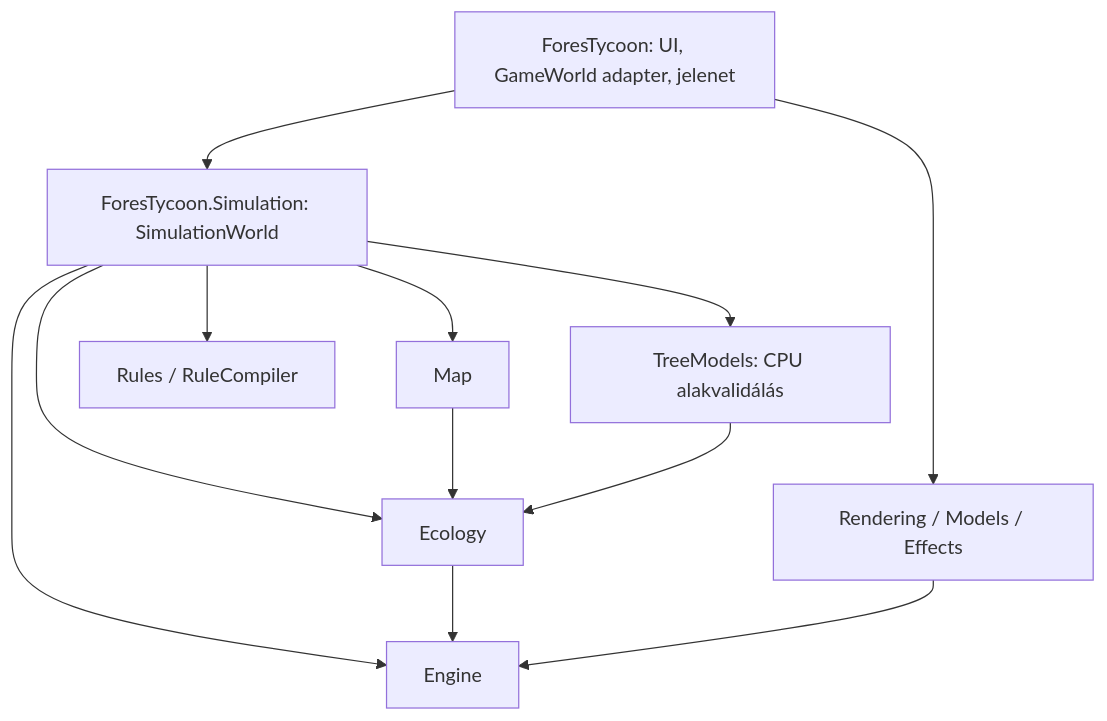
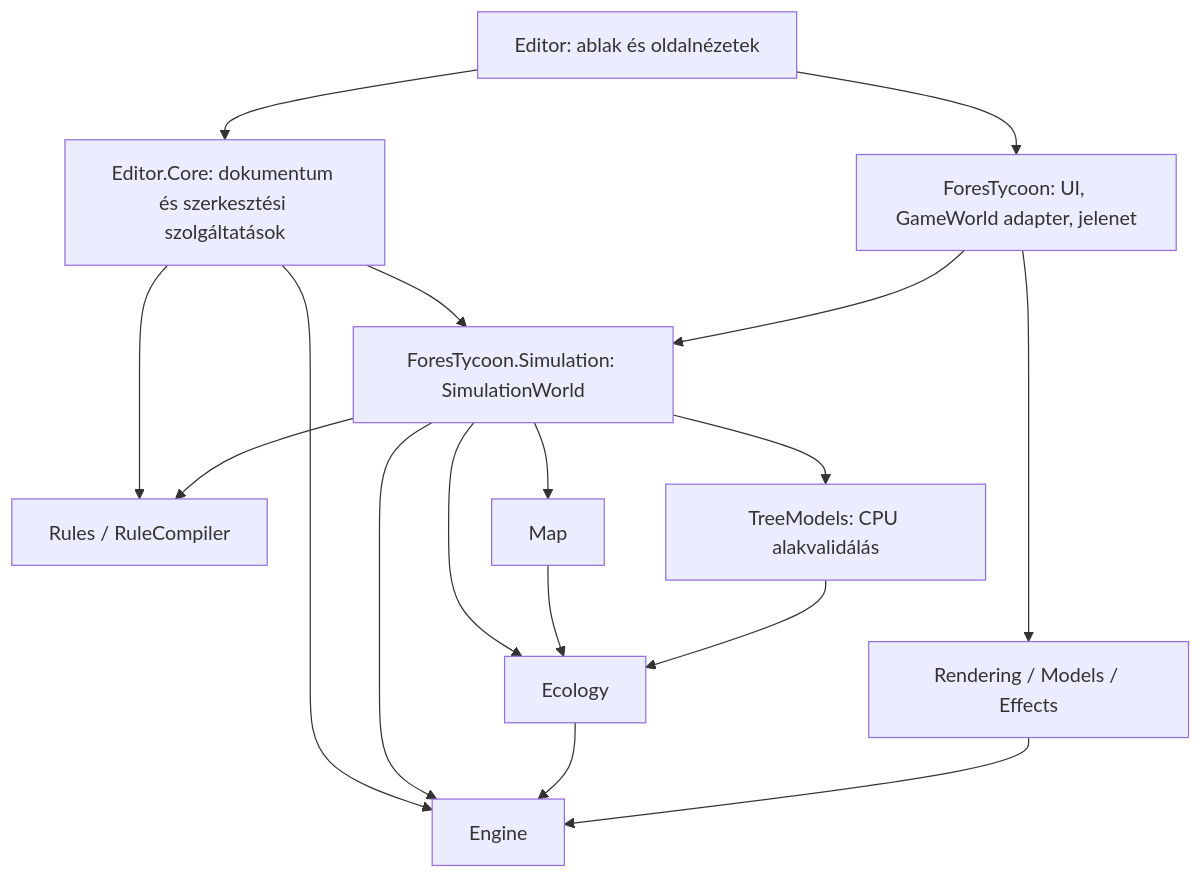
Before and after one commit to primuszp/ForesTycoon: the diagram in docs/architecture.md, drawn with Mermaid. The commit also changed other lines of this file and 141 other files, not shown here.

First line of the commit message:
Refactor Editor into cohesive views and a dedicated Core

````diff
--- a/docs/architecture.md
+++ b/docs/architecture.md
@@ -3,14 +3,19 @@
 ```mermaid
 flowchart TD
+    Editor["Editor: ablak és oldalnézetek"] --> EditorCore["Editor.Core: dokumentum és szerkesztési szolgáltatások"]
+    Editor --> Game
+    EditorCore --> Simulation
+    EditorCore --> Rules
+    EditorCore --> Engine
     Game["ForesTycoon: UI, GameWorld adapter, jelenet"] --> Simulation["ForesTycoon.Simulation: SimulationWorld"]
     Game --> Visual["Rendering / Models / Effects"]
     Simulation --> Map["Map"]
     Simulation --> Trees["TreeModels: CPU alakvalidálás"]
     Simulation --> Ecology["Ecology"]
     Simulation --> Rules["Rules / RuleCompiler"]
     Simulation --> Engine["Engine"]
     Map --> Ecology
     Trees --> Ecology
     Ecology --> Engine
     Visual --> Engine
 ```
````
